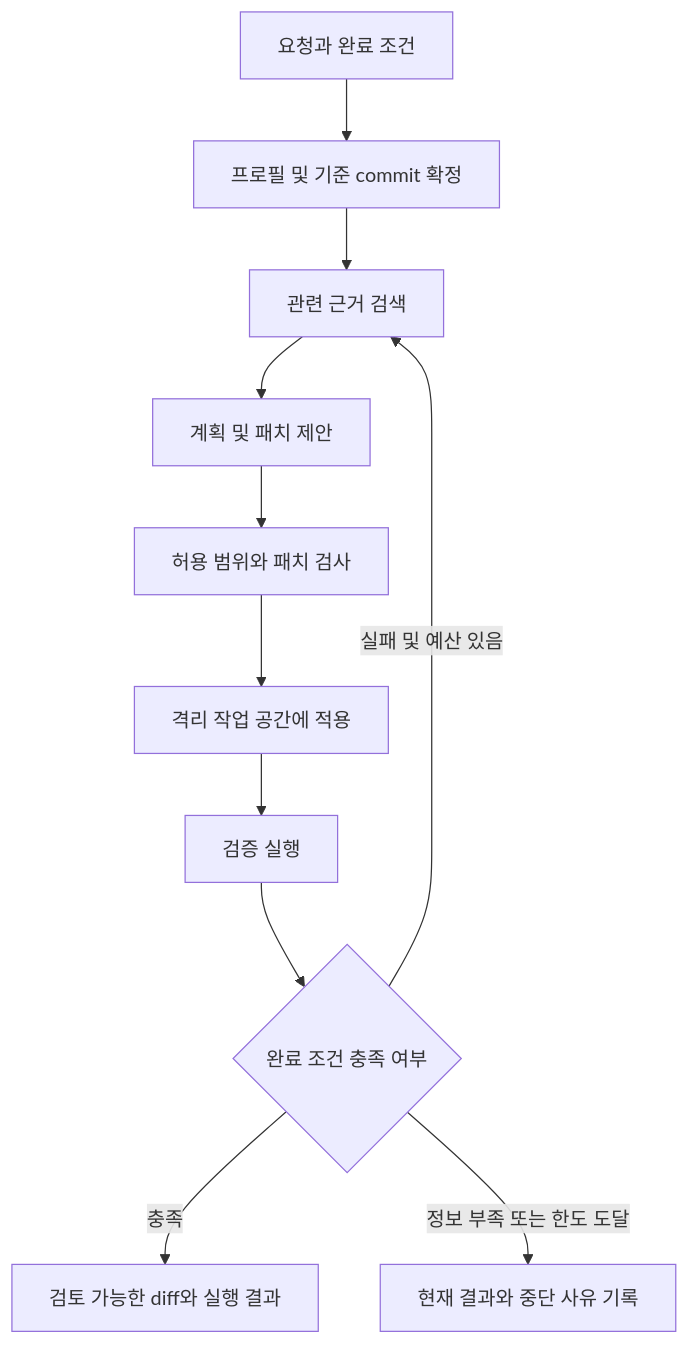
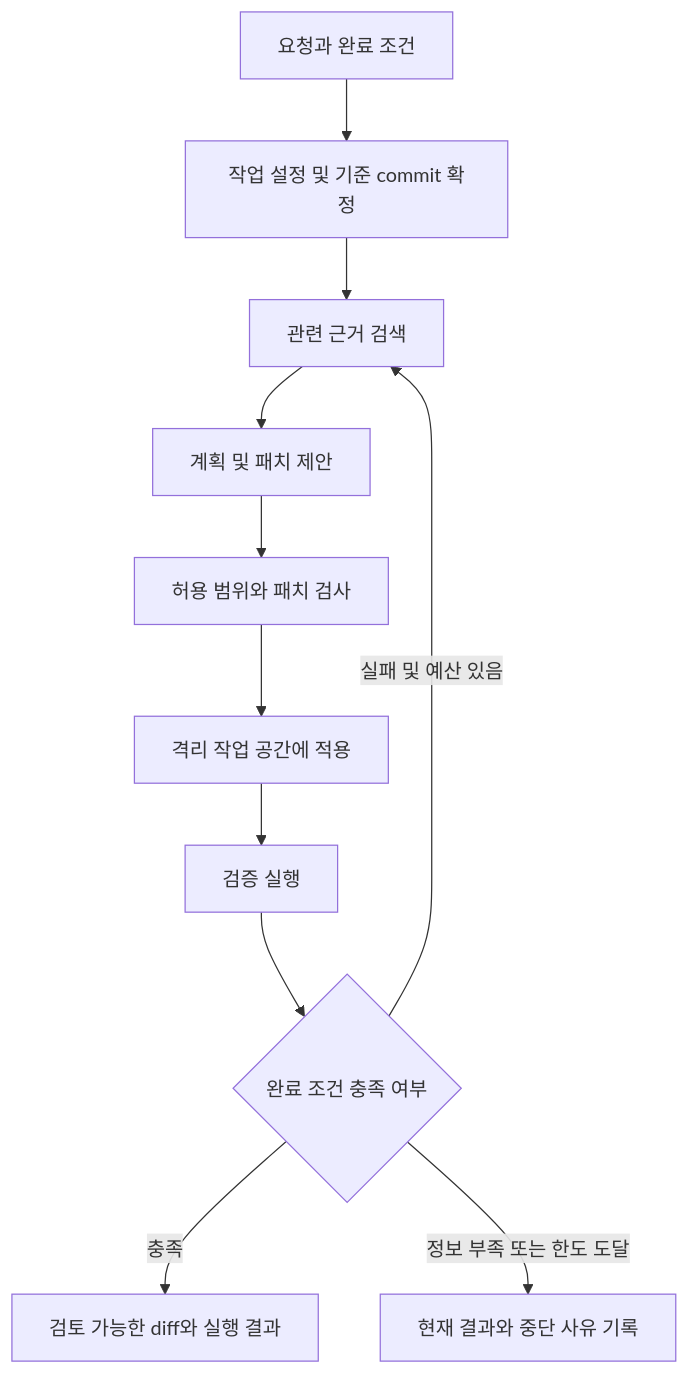
Before and after one commit to heyoon2j/y2-devops-lab: the diagram in terraform-studio/docs/ARCHITECTURE.md, drawn with Mermaid. The commit also changed other lines of this file and 4 other files, not shown here.

````diff
--- a/terraform-studio/docs/ARCHITECTURE.md
+++ b/terraform-studio/docs/ARCHITECTURE.md
@@ -29,13 +29,13 @@
 ```mermaid
 flowchart TD
-    Request[요청과 완료 조건] --> Profile[프로필 및 기준 commit 확정]
+    Request[요청과 완료 조건] --> Profile[작업 설정 및 기준 commit 확정]
     Profile --> Retrieve[관련 근거 검색]
     Retrieve --> Proposal[계획 및 패치 제안]
     Proposal --> Policy[허용 범위와 패치 검사]
     Policy --> Workspace[격리 작업 공간에 적용]
     Workspace --> Validate[검증 실행]
     Validate --> Decision{완료 조건 충족 여부}
     Decision -->|충족| Review[검토 가능한 diff와 실행 결과]
     Decision -->|실패 및 예산 있음| Retrieve
     Decision -->|정보 부족 또는 한도 도달| Stop[현재 결과와 중단 사유 기록]
 ```
````
